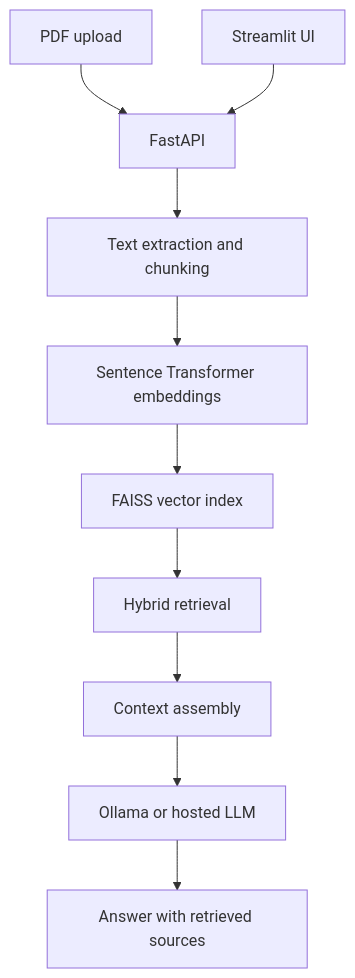
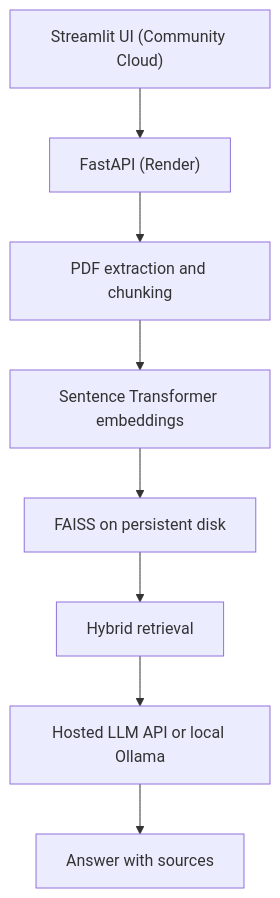
One commit to MirMehdi05/ai-document-intelligence changed the diagram in README.md. Above: the diagram before and after it, drawn with Mermaid. The commit also changed other lines of this file, not shown here.

Commit message:
Document Render and Streamlit Cloud deployment

````diff
--- a/README.md
+++ b/README.md
@@ -31,12 +20,10 @@
 ```mermaid
 flowchart TD
-    A["PDF upload"] --> B["FastAPI"]
-    B --> C["Text extraction and chunking"]
+    A["Streamlit UI (Community Cloud)"] --> B["FastAPI (Render)"]
+    B --> C["PDF extraction and chunking"]
     C --> D["Sentence Transformer embeddings"]
-    D --> E["FAISS vector index"]
+    D --> E["FAISS on persistent disk"]
     E --> F["Hybrid retrieval"]
-    F --> G["Context assembly"]
-    G --> H["Ollama or hosted LLM"]
-    H --> I["Answer with retrieved sources"]
-    J["Streamlit UI"] --> B
+    F --> G["Hosted LLM API or local Ollama"]
+    G --> H["Answer with sources"]
 ```
````
